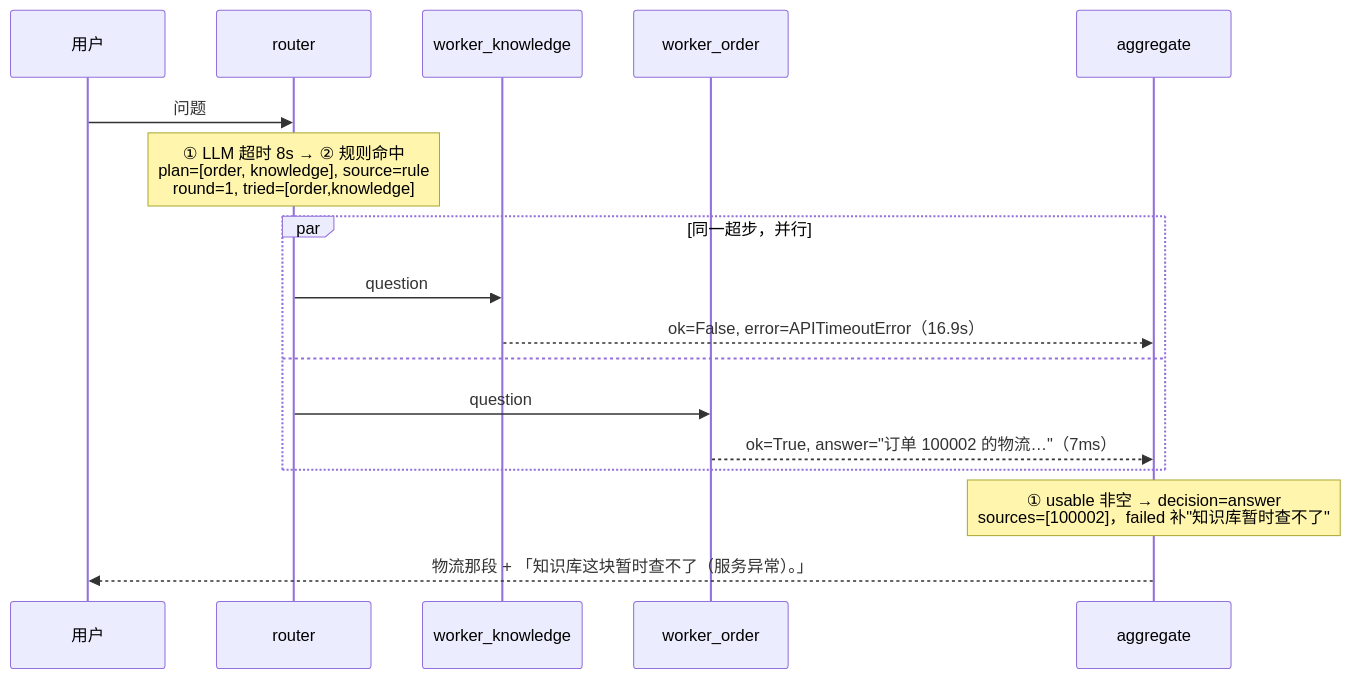
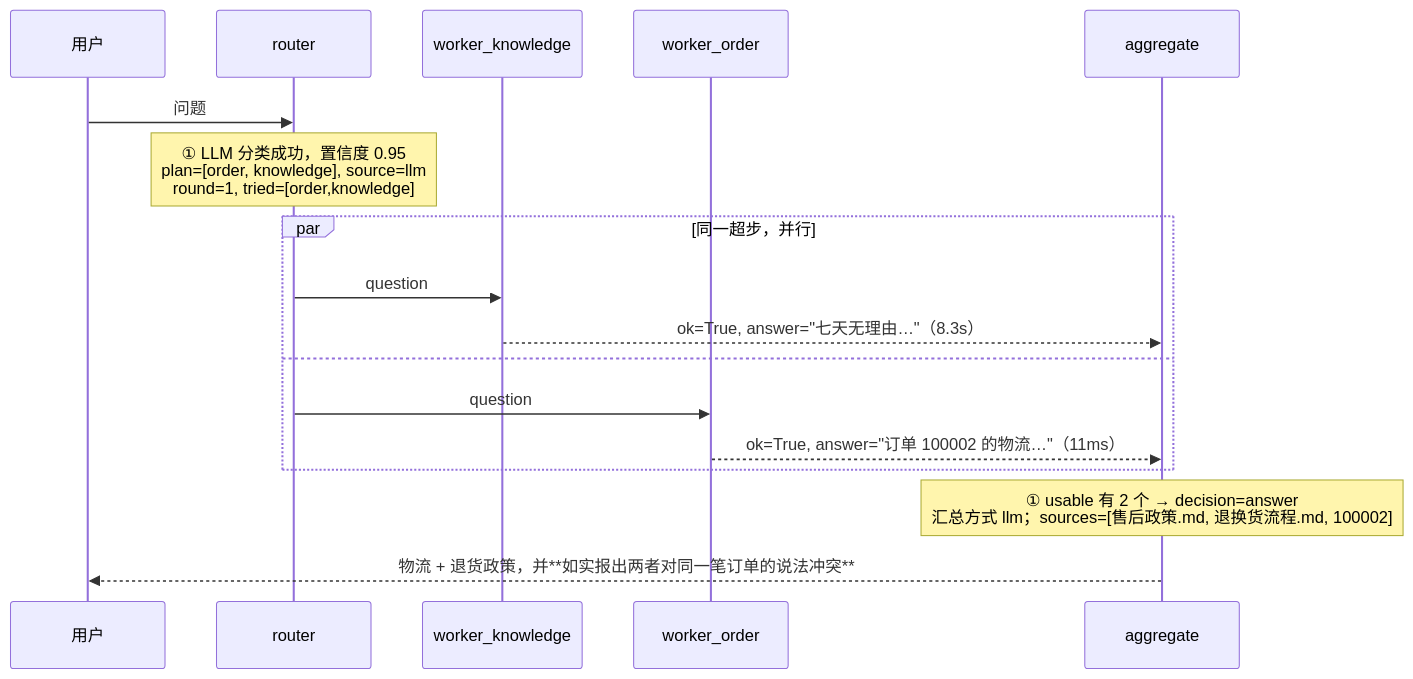
The third of 3 diagrams in FLOWCHART.md (My16210/ecommerce-multi-agent-cs), drawn with Mermaid before and after one commit. The commit also changed other lines of this file and 6 other files, not shown here.

First line of the commit message:
容器化 + 文档定稿：一条 compose 起服务，中文图表不再出豆腐块

````diff
--- a/FLOWCHART.md
+++ b/FLOWCHART.md
@@ -133,20 +133,20 @@
 ```mermaid
 sequenceDiagram
     participant U as 用户
     participant R as router
     participant K as worker_knowledge
     participant O as worker_order
     participant A as aggregate
 
     U->>R: 问题
-    Note over R: ① LLM 超时 8s → ② 规则命中<br>plan=[order, knowledge], source=rule<br>round=1, tried=[order,knowledge]
+    Note over R: ① LLM 分类成功，置信度 0.95<br>plan=[order, knowledge], source=llm<br>round=1, tried=[order,knowledge]
     par 同一超步，并行
         R->>K: question
-        K-->>A: ok=False, error=APITimeoutError（16.9s）
+        K-->>A: ok=True, answer="七天无理由…"（8.3s）
     and
         R->>O: question
-        O-->>A: ok=True, answer="订单 100002 的物流…"（7ms）
+        O-->>A: ok=True, answer="订单 100002 的物流…"（11ms）
     end
-    Note over A: ① usable 非空 → decision=answer<br>sources=[100002]，failed 补"知识库暂时查不了"
-    A-->>U: 物流那段 + 「知识库这块暂时查不了（服务异常）。」
+    Note over A: ① usable 有 2 个 → decision=answer<br>汇总方式 llm；sources=[售后政策.md, 退换货流程.md, 100002]
+    A-->>U: 物流 + 退货政策，并**如实报出两者对同一笔订单的说法冲突**
 ```
````
